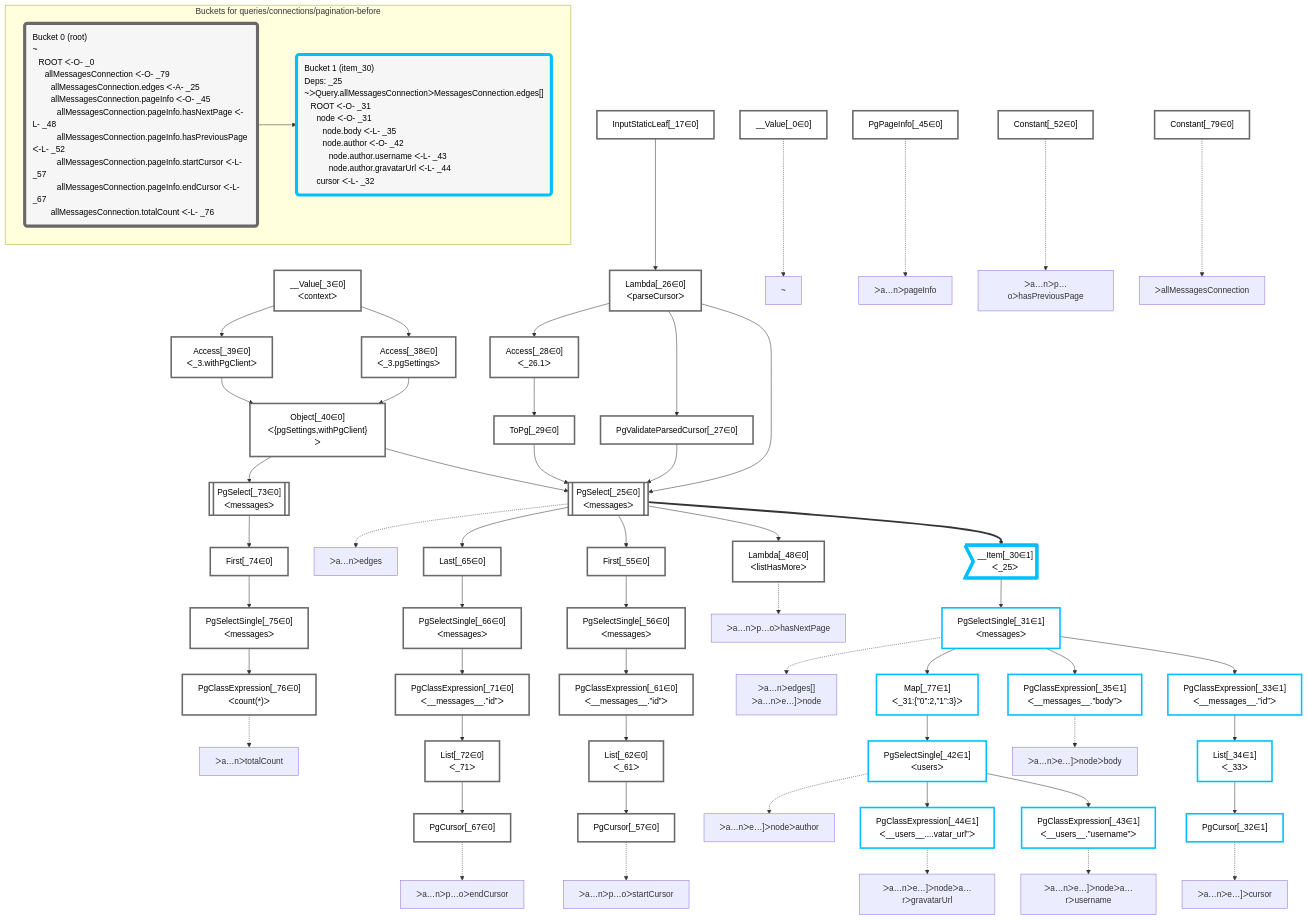
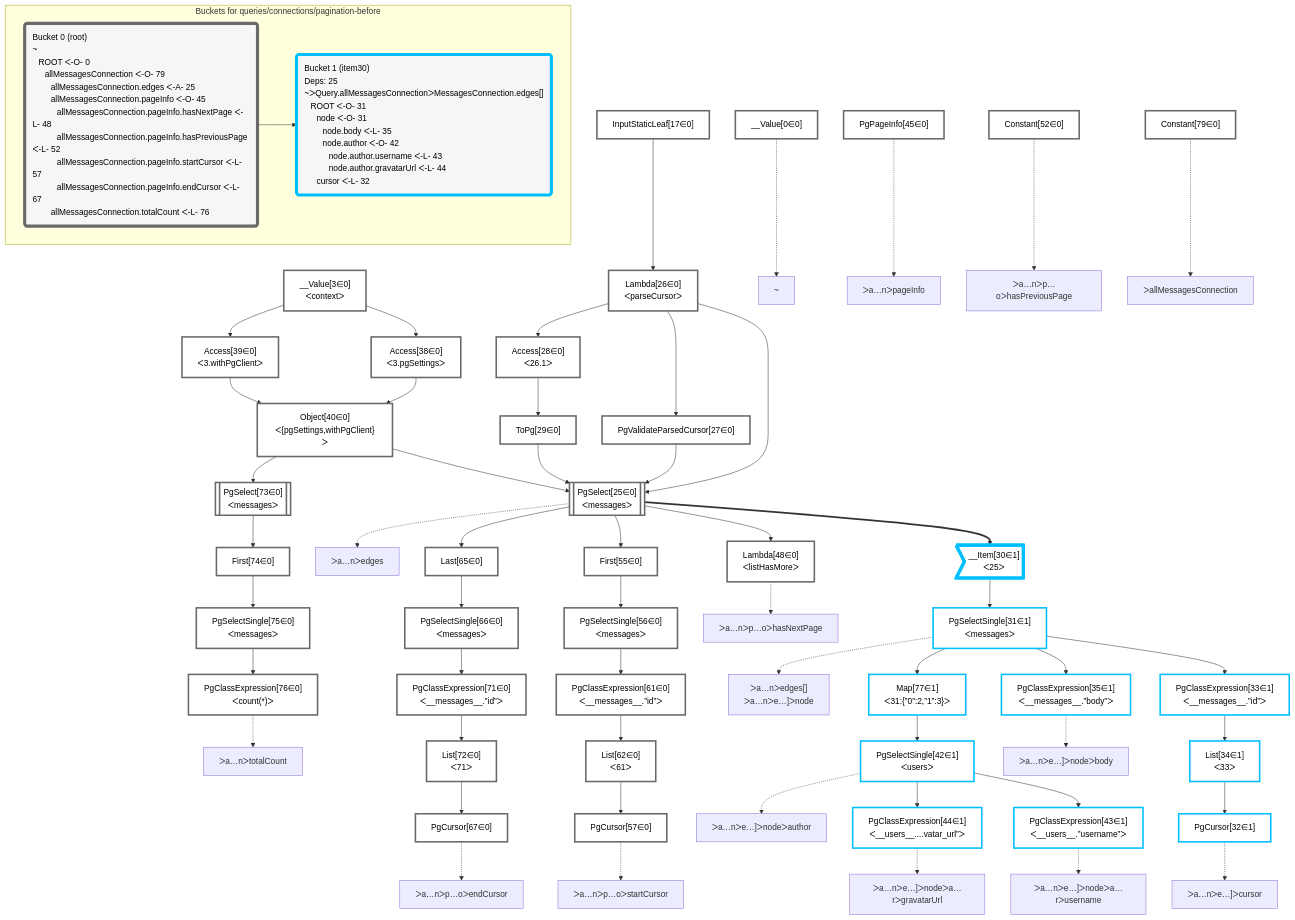
Before and after one commit to graphile/crystal: the diagram in packages/dataplan-pg/__tests__/queries/connections/pagination-before.mermaid.md, drawn with Mermaid. The commit also changed 195 other files, not shown here.

````diff
--- a/packages/dataplan-pg/__tests__/queries/connections/pagination-before.mermaid.md
+++ b/packages/dataplan-pg/__tests__/queries/connections/pagination-before.mermaid.md
@@ -8,120 +8,120 @@
 
 
     %% define plans
-    __Value_0["__Value[_0∈0]"]:::plan
-    PgCursor_32["PgCursor[_32∈1]"]:::plan
-    List_34["List[_34∈1]<br />ᐸ_33ᐳ"]:::plan
-    PgClassExpression_33["PgClassExpression[_33∈1]<br />ᐸ__messages__.”id”ᐳ"]:::plan
-    PgClassExpression_35["PgClassExpression[_35∈1]<br />ᐸ__messages__.”body”ᐳ"]:::plan
-    PgClassExpression_43["PgClassExpression[_43∈1]<br />ᐸ__users__.”username”ᐳ"]:::plan
-    PgClassExpression_44["PgClassExpression[_44∈1]<br />ᐸ__users__....vatar_url”ᐳ"]:::plan
-    PgSelectSingle_42["PgSelectSingle[_42∈1]<br />ᐸusersᐳ"]:::plan
-    Map_77["Map[_77∈1]<br />ᐸ_31:{”0”:2,”1”:3}ᐳ"]:::plan
-    PgSelectSingle_31["PgSelectSingle[_31∈1]<br />ᐸmessagesᐳ"]:::plan
-    __Item_30>"__Item[_30∈1]<br />ᐸ_25ᐳ"]:::itemplan
-    Lambda_48["Lambda[_48∈0]<br />ᐸlistHasMoreᐳ"]:::plan
-    PgCursor_57["PgCursor[_57∈0]"]:::plan
-    List_62["List[_62∈0]<br />ᐸ_61ᐳ"]:::plan
-    PgClassExpression_61["PgClassExpression[_61∈0]<br />ᐸ__messages__.”id”ᐳ"]:::plan
-    PgSelectSingle_56["PgSelectSingle[_56∈0]<br />ᐸmessagesᐳ"]:::plan
-    First_55["First[_55∈0]"]:::plan
-    PgCursor_67["PgCursor[_67∈0]"]:::plan
-    List_72["List[_72∈0]<br />ᐸ_71ᐳ"]:::plan
-    PgClassExpression_71["PgClassExpression[_71∈0]<br />ᐸ__messages__.”id”ᐳ"]:::plan
-    PgSelectSingle_66["PgSelectSingle[_66∈0]<br />ᐸmessagesᐳ"]:::plan
-    Last_65["Last[_65∈0]"]:::plan
-    PgSelect_25[["PgSelect[_25∈0]<br />ᐸmessagesᐳ"]]:::plan
-    PgClassExpression_76["PgClassExpression[_76∈0]<br />ᐸcount(*)ᐳ"]:::plan
-    PgSelectSingle_75["PgSelectSingle[_75∈0]<br />ᐸmessagesᐳ"]:::plan
-    First_74["First[_74∈0]"]:::plan
-    PgSelect_73[["PgSelect[_73∈0]<br />ᐸmessagesᐳ"]]:::plan
-    Object_40["Object[_40∈0]<br />ᐸ{pgSettings,withPgClient}ᐳ"]:::plan
-    Access_38["Access[_38∈0]<br />ᐸ_3.pgSettingsᐳ"]:::plan
-    Access_39["Access[_39∈0]<br />ᐸ_3.withPgClientᐳ"]:::plan
-    __Value_3["__Value[_3∈0]<br />ᐸcontextᐳ"]:::plan
-    PgValidateParsedCursor_27["PgValidateParsedCursor[_27∈0]"]:::plan
-    ToPg_29["ToPg[_29∈0]"]:::plan
-    Access_28["Access[_28∈0]<br />ᐸ_26.1ᐳ"]:::plan
-    Lambda_26["Lambda[_26∈0]<br />ᐸparseCursorᐳ"]:::plan
-    InputStaticLeaf_17["InputStaticLeaf[_17∈0]"]:::plan
-    Constant_79["Constant[_79∈0]"]:::plan
-    PgPageInfo_45["PgPageInfo[_45∈0]"]:::plan
-    Constant_52["Constant[_52∈0]"]:::plan
+    __Value0["__Value[0∈0]"]:::plan
+    PgCursor32["PgCursor[32∈1]"]:::plan
+    List34["List[34∈1]<br />ᐸ33ᐳ"]:::plan
+    PgClassExpression33["PgClassExpression[33∈1]<br />ᐸ__messages__.”id”ᐳ"]:::plan
+    PgClassExpression35["PgClassExpression[35∈1]<br />ᐸ__messages__.”body”ᐳ"]:::plan
+    PgClassExpression43["PgClassExpression[43∈1]<br />ᐸ__users__.”username”ᐳ"]:::plan
+    PgClassExpression44["PgClassExpression[44∈1]<br />ᐸ__users__....vatar_url”ᐳ"]:::plan
+    PgSelectSingle42["PgSelectSingle[42∈1]<br />ᐸusersᐳ"]:::plan
+    Map77["Map[77∈1]<br />ᐸ31:{”0”:2,”1”:3}ᐳ"]:::plan
+    PgSelectSingle31["PgSelectSingle[31∈1]<br />ᐸmessagesᐳ"]:::plan
+    __Item30>"__Item[30∈1]<br />ᐸ25ᐳ"]:::itemplan
+    Lambda48["Lambda[48∈0]<br />ᐸlistHasMoreᐳ"]:::plan
+    PgCursor57["PgCursor[57∈0]"]:::plan
+    List62["List[62∈0]<br />ᐸ61ᐳ"]:::plan
+    PgClassExpression61["PgClassExpression[61∈0]<br />ᐸ__messages__.”id”ᐳ"]:::plan
+    PgSelectSingle56["PgSelectSingle[56∈0]<br />ᐸmessagesᐳ"]:::plan
+    First55["First[55∈0]"]:::plan
+    PgCursor67["PgCursor[67∈0]"]:::plan
+    List72["List[72∈0]<br />ᐸ71ᐳ"]:::plan
+    PgClassExpression71["PgClassExpression[71∈0]<br />ᐸ__messages__.”id”ᐳ"]:::plan
+    PgSelectSingle66["PgSelectSingle[66∈0]<br />ᐸmessagesᐳ"]:::plan
+    Last65["Last[65∈0]"]:::plan
+    PgSelect25[["PgSelect[25∈0]<br />ᐸmessagesᐳ"]]:::plan
+    PgClassExpression76["PgClassExpression[76∈0]<br />ᐸcount(*)ᐳ"]:::plan
+    PgSelectSingle75["PgSelectSingle[75∈0]<br />ᐸmessagesᐳ"]:::plan
+    First74["First[74∈0]"]:::plan
+    PgSelect73[["PgSelect[73∈0]<br />ᐸmessagesᐳ"]]:::plan
+    Object40["Object[40∈0]<br />ᐸ{pgSettings,withPgClient}ᐳ"]:::plan
+    Access38["Access[38∈0]<br />ᐸ3.pgSettingsᐳ"]:::plan
+    Access39["Access[39∈0]<br />ᐸ3.withPgClientᐳ"]:::plan
+    __Value3["__Value[3∈0]<br />ᐸcontextᐳ"]:::plan
+    PgValidateParsedCursor27["PgValidateParsedCursor[27∈0]"]:::plan
+    ToPg29["ToPg[29∈0]"]:::plan
+    Access28["Access[28∈0]<br />ᐸ26.1ᐳ"]:::plan
+    Lambda26["Lambda[26∈0]<br />ᐸparseCursorᐳ"]:::plan
+    InputStaticLeaf17["InputStaticLeaf[17∈0]"]:::plan
+    Constant79["Constant[79∈0]"]:::plan
+    PgPageInfo45["PgPageInfo[45∈0]"]:::plan
+    Constant52["Constant[52∈0]"]:::plan
 
     %% plan dependencies
-    List_34 --> PgCursor_32
-    PgClassExpression_33 --> List_34
-    PgSelectSingle_31 --> PgClassExpression_33
-    PgSelectSingle_31 --> PgClassExpression_35
-    PgSelectSingle_42 --> PgClassExpression_43
-    PgSelectSingle_42 --> PgClassExpression_44
-    Map_77 --> PgSelectSingle_42
-    PgSelectSingle_31 --> Map_77
-    __Item_30 --> PgSelectSingle_31
-    PgSelect_25 ==> __Item_30
-    PgSelect_25 --> Lambda_48
-    List_62 --> PgCursor_57
-    PgClassExpression_61 --> List_62
-    PgSelectSingle_56 --> PgClassExpression_61
-    First_55 --> PgSelectSingle_56
-    PgSelect_25 --> First_55
-    List_72 --> PgCursor_67
-    PgClassExpression_71 --> List_72
-    PgSelectSingle_66 --> PgClassExpression_71
-    Last_65 --> PgSelectSingle_66
-    PgSelect_25 --> Last_65
-    Object_40 & Lambda_26 & PgValidateParsedCursor_27 & ToPg_29 --> PgSelect_25
-    PgSelectSingle_75 --> PgClassExpression_76
-    First_74 --> PgSelectSingle_75
-    PgSelect_73 --> First_74
-    Object_40 --> PgSelect_73
-    Access_38 & Access_39 --> Object_40
-    __Value_3 --> Access_38
-    __Value_3 --> Access_39
-    Lambda_26 --> PgValidateParsedCursor_27
-    Access_28 --> ToPg_29
-    Lambda_26 --> Access_28
-    InputStaticLeaf_17 --> Lambda_26
+    List34 --> PgCursor32
+    PgClassExpression33 --> List34
+    PgSelectSingle31 --> PgClassExpression33
+    PgSelectSingle31 --> PgClassExpression35
+    PgSelectSingle42 --> PgClassExpression43
+    PgSelectSingle42 --> PgClassExpression44
+    Map77 --> PgSelectSingle42
+    PgSelectSingle31 --> Map77
+    __Item30 --> PgSelectSingle31
+    PgSelect25 ==> __Item30
+    PgSelect25 --> Lambda48
+    List62 --> PgCursor57
+    PgClassExpression61 --> List62
+    PgSelectSingle56 --> PgClassExpression61
+    First55 --> PgSelectSingle56
+    PgSelect25 --> First55
+    List72 --> PgCursor67
+    PgClassExpression71 --> List72
+    PgSelectSingle66 --> PgClassExpression71
+    Last65 --> PgSelectSingle66
+    PgSelect25 --> Last65
+    Object40 & Lambda26 & PgValidateParsedCursor27 & ToPg29 --> PgSelect25
+    PgSelectSingle75 --> PgClassExpression76
+    First74 --> PgSelectSingle75
+    PgSelect73 --> First74
+    Object40 --> PgSelect73
+    Access38 & Access39 --> Object40
+    __Value3 --> Access38
+    __Value3 --> Access39
+    Lambda26 --> PgValidateParsedCursor27
+    Access28 --> ToPg29
+    Lambda26 --> Access28
+    InputStaticLeaf17 --> Lambda26
 
     %% plan-to-path relationships
-    P_0["~"]
-    __Value_0 -.-> P_0
-    P_25["ᐳa…nᐳedges"]
-    PgSelect_25 -.-> P_25
-    P_31["ᐳa…nᐳedges[]<br />ᐳa…nᐳe…]ᐳnode"]
-    PgSelectSingle_31 -.-> P_31
-    P_32["ᐳa…nᐳe…]ᐳcursor"]
-    PgCursor_32 -.-> P_32
-    P_35["ᐳa…nᐳe…]ᐳnodeᐳbody"]
-    PgClassExpression_35 -.-> P_35
-    P_42["ᐳa…nᐳe…]ᐳnodeᐳauthor"]
-    PgSelectSingle_42 -.-> P_42
-    P_43["ᐳa…nᐳe…]ᐳnodeᐳa…rᐳusername"]
-    PgClassExpression_43 -.-> P_43
-    P_44["ᐳa…nᐳe…]ᐳnodeᐳa…rᐳgravatarUrl"]
-    PgClassExpression_44 -.-> P_44
-    P_45["ᐳa…nᐳpageInfo"]
-    PgPageInfo_45 -.-> P_45
-    P_48["ᐳa…nᐳp…oᐳhasNextPage"]
-    Lambda_48 -.-> P_48
-    P_52["ᐳa…nᐳp…oᐳhasPreviousPage"]
-    Constant_52 -.-> P_52
-    P_57["ᐳa…nᐳp…oᐳstartCursor"]
-    PgCursor_57 -.-> P_57
-    P_67["ᐳa…nᐳp…oᐳendCursor"]
-    PgCursor_67 -.-> P_67
-    P_76["ᐳa…nᐳtotalCount"]
-    PgClassExpression_76 -.-> P_76
-    P_79["ᐳallMessagesConnection"]
-    Constant_79 -.-> P_79
+    P0["~"]
+    __Value0 -.-> P0
+    P25["ᐳa…nᐳedges"]
+    PgSelect25 -.-> P25
+    P31["ᐳa…nᐳedges[]<br />ᐳa…nᐳe…]ᐳnode"]
+    PgSelectSingle31 -.-> P31
+    P32["ᐳa…nᐳe…]ᐳcursor"]
+    PgCursor32 -.-> P32
+    P35["ᐳa…nᐳe…]ᐳnodeᐳbody"]
+    PgClassExpression35 -.-> P35
+    P42["ᐳa…nᐳe…]ᐳnodeᐳauthor"]
+    PgSelectSingle42 -.-> P42
+    P43["ᐳa…nᐳe…]ᐳnodeᐳa…rᐳusername"]
+    PgClassExpression43 -.-> P43
+    P44["ᐳa…nᐳe…]ᐳnodeᐳa…rᐳgravatarUrl"]
+    PgClassExpression44 -.-> P44
+    P45["ᐳa…nᐳpageInfo"]
+    PgPageInfo45 -.-> P45
+    P48["ᐳa…nᐳp…oᐳhasNextPage"]
+    Lambda48 -.-> P48
+    P52["ᐳa…nᐳp…oᐳhasPreviousPage"]
+    Constant52 -.-> P52
+    P57["ᐳa…nᐳp…oᐳstartCursor"]
+    PgCursor57 -.-> P57
+    P67["ᐳa…nᐳp…oᐳendCursor"]
+    PgCursor67 -.-> P67
+    P76["ᐳa…nᐳtotalCount"]
+    PgClassExpression76 -.-> P76
+    P79["ᐳallMessagesConnection"]
+    Constant79 -.-> P79
 
     subgraph "Buckets for queries/connections/pagination-before"
-    Bucket0("Bucket 0 (root)<br />~<br />⠀ROOT ᐸ-O- _0<br />⠀⠀allMessagesConnection ᐸ-O- _79<br />⠀⠀⠀allMessagesConnection.edges ᐸ-A- _25<br />⠀⠀⠀allMessagesConnection.pageInfo ᐸ-O- _45<br />⠀⠀⠀⠀allMessagesConnection.pageInfo.hasNextPage ᐸ-L- _48<br />⠀⠀⠀⠀allMessagesConnection.pageInfo.hasPreviousPage ᐸ-L- _52<br />⠀⠀⠀⠀allMessagesConnection.pageInfo.startCursor ᐸ-L- _57<br />⠀⠀⠀⠀allMessagesConnection.pageInfo.endCursor ᐸ-L- _67<br />⠀⠀⠀allMessagesConnection.totalCount ᐸ-L- _76"):::bucket
+    Bucket0("Bucket 0 (root)<br />~<br />⠀ROOT ᐸ-O- 0<br />⠀⠀allMessagesConnection ᐸ-O- 79<br />⠀⠀⠀allMessagesConnection.edges ᐸ-A- 25<br />⠀⠀⠀allMessagesConnection.pageInfo ᐸ-O- 45<br />⠀⠀⠀⠀allMessagesConnection.pageInfo.hasNextPage ᐸ-L- 48<br />⠀⠀⠀⠀allMessagesConnection.pageInfo.hasPreviousPage ᐸ-L- 52<br />⠀⠀⠀⠀allMessagesConnection.pageInfo.startCursor ᐸ-L- 57<br />⠀⠀⠀⠀allMessagesConnection.pageInfo.endCursor ᐸ-L- 67<br />⠀⠀⠀allMessagesConnection.totalCount ᐸ-L- 76"):::bucket
     classDef bucket0 stroke:#696969
-    class Bucket0,__Value_0,__Value_3,InputStaticLeaf_17,PgSelect_25,Lambda_26,PgValidateParsedCursor_27,Access_28,ToPg_29,Access_38,Access_39,Object_40,PgPageInfo_45,Lambda_48,Constant_52,First_55,PgSelectSingle_56,PgCursor_57,PgClassExpression_61,List_62,Last_65,PgSelectSingle_66,PgCursor_67,PgClassExpression_71,List_72,PgSelect_73,First_74,PgSelectSingle_75,PgClassExpression_76,Constant_79 bucket0
-    Bucket1("Bucket 1 (item_30)<br />Deps: _25<br />~ᐳQuery.allMessagesConnectionᐳMessagesConnection.edges[]<br />⠀ROOT ᐸ-O- _31<br />⠀⠀node ᐸ-O- _31<br />⠀⠀⠀node.body ᐸ-L- _35<br />⠀⠀⠀node.author ᐸ-O- _42<br />⠀⠀⠀⠀node.author.username ᐸ-L- _43<br />⠀⠀⠀⠀node.author.gravatarUrl ᐸ-L- _44<br />⠀⠀cursor ᐸ-L- _32"):::bucket
+    class Bucket0,__Value0,__Value3,InputStaticLeaf17,PgSelect25,Lambda26,PgValidateParsedCursor27,Access28,ToPg29,Access38,Access39,Object40,PgPageInfo45,Lambda48,Constant52,First55,PgSelectSingle56,PgCursor57,PgClassExpression61,List62,Last65,PgSelectSingle66,PgCursor67,PgClassExpression71,List72,PgSelect73,First74,PgSelectSingle75,PgClassExpression76,Constant79 bucket0
+    Bucket1("Bucket 1 (item30)<br />Deps: 25<br />~ᐳQuery.allMessagesConnectionᐳMessagesConnection.edges[]<br />⠀ROOT ᐸ-O- 31<br />⠀⠀node ᐸ-O- 31<br />⠀⠀⠀node.body ᐸ-L- 35<br />⠀⠀⠀node.author ᐸ-O- 42<br />⠀⠀⠀⠀node.author.username ᐸ-L- 43<br />⠀⠀⠀⠀node.author.gravatarUrl ᐸ-L- 44<br />⠀⠀cursor ᐸ-L- 32"):::bucket
     classDef bucket1 stroke:#00bfff
-    class Bucket1,__Item_30,PgSelectSingle_31,PgCursor_32,PgClassExpression_33,List_34,PgClassExpression_35,PgSelectSingle_42,PgClassExpression_43,PgClassExpression_44,Map_77 bucket1
+    class Bucket1,__Item30,PgSelectSingle31,PgCursor32,PgClassExpression33,List34,PgClassExpression35,PgSelectSingle42,PgClassExpression43,PgClassExpression44,Map77 bucket1
     Bucket0 --> Bucket1
     end
 ```
````
